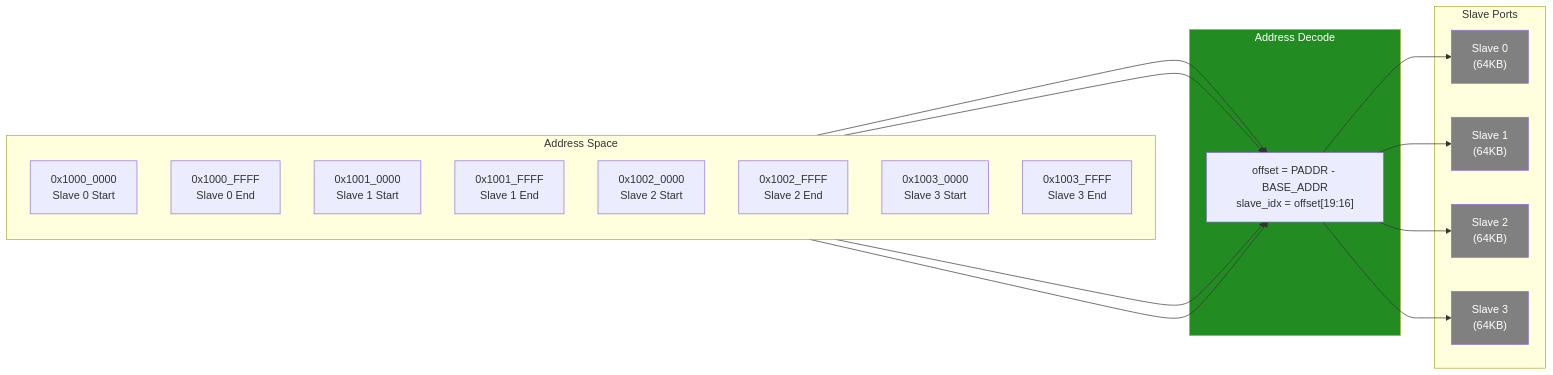
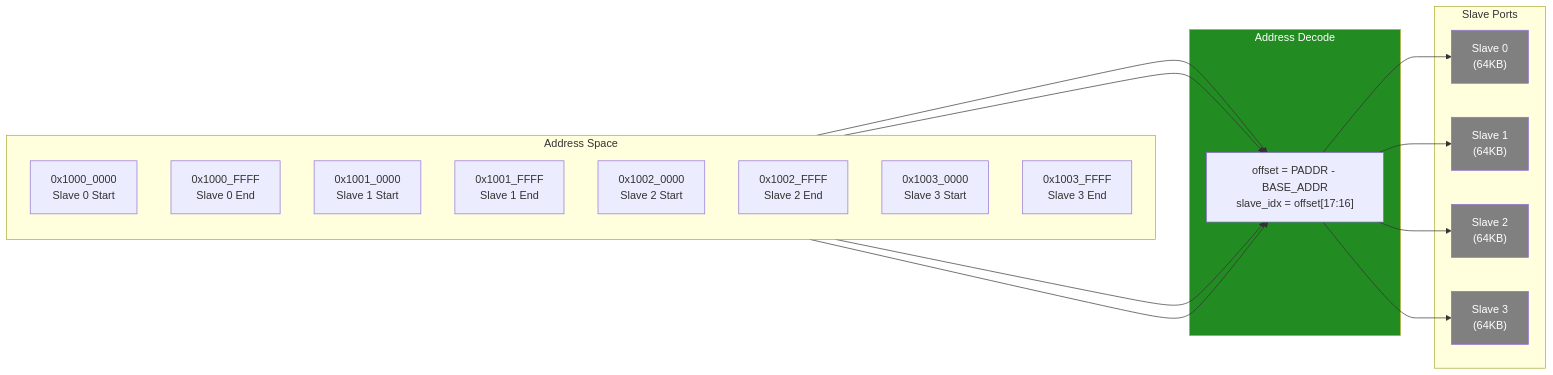
Before and after one commit to sean-galloway/RTLDesignSherpa: the diagram in projects/components/apbx-xbar/docs/apbx_xbar_has/assets/mermaid/04_address_map.mmd, drawn with Mermaid. The commit also changed 16 other files, not shown here.

```diff
--- a/projects/components/apbx-xbar/docs/apbx_xbar_has/assets/mermaid/04_address_map.mmd
+++ b/projects/components/apbx-xbar/docs/apbx_xbar_has/assets/mermaid/04_address_map.mmd
@@ -1,39 +1,39 @@
 flowchart LR
     subgraph Address["Address Space"]
         direction TB
         A0["0x1000_0000<br/>Slave 0 Start"]
         A1["0x1000_FFFF<br/>Slave 0 End"]
         B0["0x1001_0000<br/>Slave 1 Start"]
         B1["0x1001_FFFF<br/>Slave 1 End"]
         C0["0x1002_0000<br/>Slave 2 Start"]
         C1["0x1002_FFFF<br/>Slave 2 End"]
         D0["0x1003_0000<br/>Slave 3 Start"]
         D1["0x1003_FFFF<br/>Slave 3 End"]
     end
 
     subgraph Decode["Address Decode"]
-        DEC["offset = PADDR - BASE_ADDR<br/>slave_idx = offset[19:16]"]
+        DEC["offset = PADDR - BASE_ADDR<br/>slave_idx = offset[17:16]"]
     end
 
     subgraph Slaves["Slave Ports"]
         S0["Slave 0<br/>(64KB)"]
         S1["Slave 1<br/>(64KB)"]
         S2["Slave 2<br/>(64KB)"]
         S3["Slave 3<br/>(64KB)"]
     end
 
     A0 --> DEC
     B0 --> DEC
     C0 --> DEC
     D0 --> DEC
 
     DEC --> S0
     DEC --> S1
     DEC --> S2
     DEC --> S3
 
     style Decode fill:#228B22,color:#fff
     style S0 fill:#808080,color:#fff
     style S1 fill:#808080,color:#fff
     style S2 fill:#808080,color:#fff
     style S3 fill:#808080,color:#fff
```
